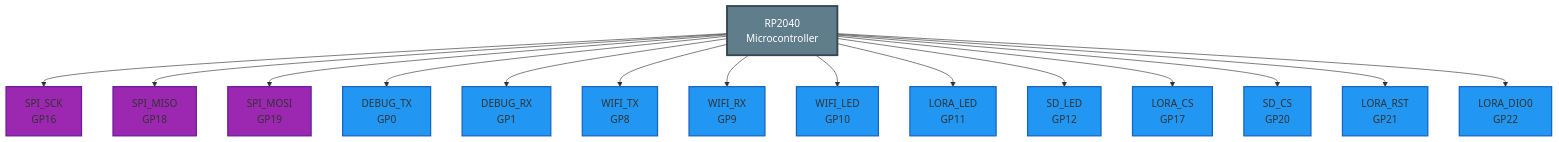
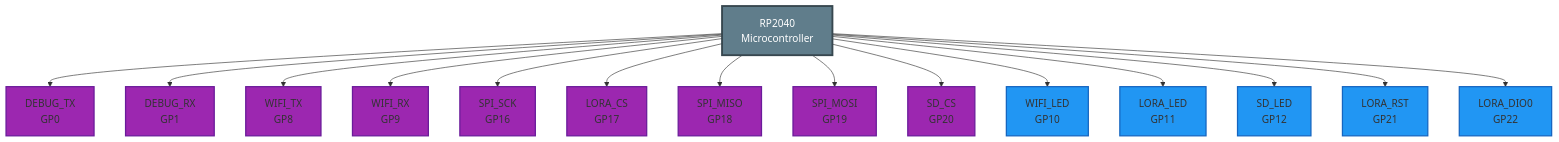
One commit to zcohen-nerd/PinmapGen changed the diagram in examples/communication_module/generated/firmware/docs/pinout.mmd. Above: the diagram before and after it, drawn with Mermaid. The commit also changed 38 other files, not shown here.

```diff
--- a/examples/communication_module/generated/firmware/docs/pinout.mmd
+++ b/examples/communication_module/generated/firmware/docs/pinout.mmd
@@ -1,51 +1,51 @@
 %% RP2040 Pinout Diagram
-%% Generated by PinmapGen on 2025-09-28 05:43:31
+%% Generated by PinmapGen on 1970-01-01 00:00:00
 
 graph TB
     %% MCU node
     MCU["RP2040<br/>Microcontroller"]
 
     %% Pin nodes and connections
     %% Communication pins
+    MCU --> DEBUG_TX["DEBUG_TX<br/>GP0"]
+    class DEBUG_TX communication
+    MCU --> DEBUG_RX["DEBUG_RX<br/>GP1"]
+    class DEBUG_RX communication
+    MCU --> WIFI_TX["WIFI_TX<br/>GP8"]
+    class WIFI_TX communication
+    MCU --> WIFI_RX["WIFI_RX<br/>GP9"]
+    class WIFI_RX communication
     MCU --> SPI_SCK["SPI_SCK<br/>GP16"]
     class SPI_SCK communication
+    MCU --> LORA_CS["LORA_CS<br/>GP17"]
+    class LORA_CS communication
     MCU --> SPI_MISO["SPI_MISO<br/>GP18"]
     class SPI_MISO communication
     MCU --> SPI_MOSI["SPI_MOSI<br/>GP19"]
     class SPI_MOSI communication
+    MCU --> SD_CS["SD_CS<br/>GP20"]
+    class SD_CS communication
 
     %% Digital I/O pins
-    MCU --> DEBUG_TX["DEBUG_TX<br/>GP0"]
-    class DEBUG_TX digital
-    MCU --> DEBUG_RX["DEBUG_RX<br/>GP1"]
-    class DEBUG_RX digital
-    MCU --> WIFI_TX["WIFI_TX<br/>GP8"]
-    class WIFI_TX digital
-    MCU --> WIFI_RX["WIFI_RX<br/>GP9"]
-    class WIFI_RX digital
     MCU --> WIFI_LED["WIFI_LED<br/>GP10"]
     class WIFI_LED digital
     MCU --> LORA_LED["LORA_LED<br/>GP11"]
     class LORA_LED digital
     MCU --> SD_LED["SD_LED<br/>GP12"]
     class SD_LED digital
-    MCU --> LORA_CS["LORA_CS<br/>GP17"]
-    class LORA_CS digital
-    MCU --> SD_CS["SD_CS<br/>GP20"]
-    class SD_CS digital
     MCU --> LORA_RST["LORA_RST<br/>GP21"]
     class LORA_RST digital
     MCU --> LORA_DIO0["LORA_DIO0<br/>GP22"]
     class LORA_DIO0 digital
 
     %% Node styling
     classDef power fill:#ffeb3b,stroke:#f57f17,stroke-width:2px
     classDef analog fill:#4caf50,stroke:#2e7d32,stroke-width:2px
     classDef digital fill:#2196f3,stroke:#1565c0,stroke-width:2px
     classDef special fill:#ff9800,stroke:#e65100,stroke-width:2px
     classDef communication fill:#9c27b0,stroke:#6a1b9a,stroke-width:2px
     classDef differential fill:#f44336,stroke:#c62828,stroke-width:3px
 
     %% MCU styling
     class MCU mcu
     classDef mcu fill:#607d8b,stroke:#37474f,stroke-width:3px,color:#fff
```
